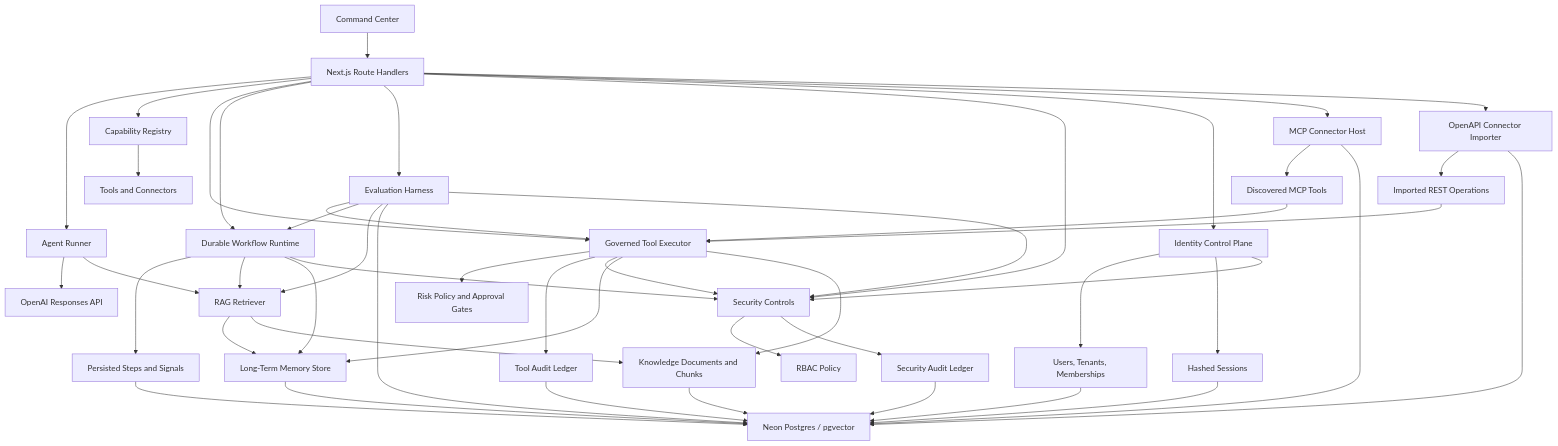
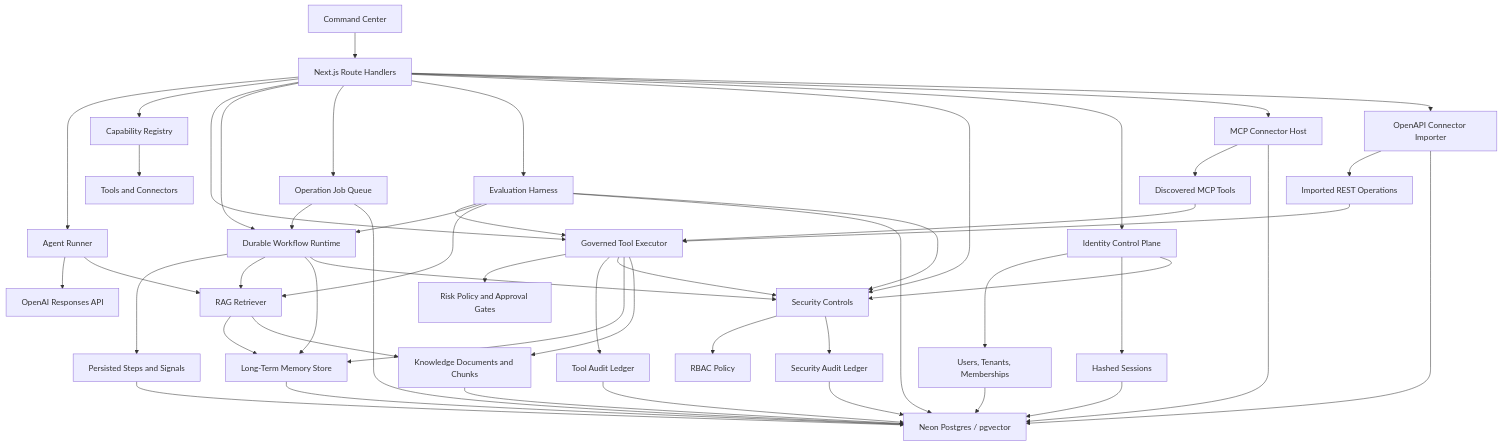
The diagram in docs/IMPLEMENTATION_PLAN.md (benniejoseph/OmniAgentOS), drawn with Mermaid before and after one commit. The commit also changed other lines of this file and 16 other files, not shown here.

Commit message:
Add durable workflow operation queue

````diff
--- a/docs/IMPLEMENTATION_PLAN.md
+++ b/docs/IMPLEMENTATION_PLAN.md
@@ -37,50 +37,53 @@
 ```mermaid
 flowchart TD
   UI["Command Center"] --> API["Next.js Route Handlers"]
   API --> RUNNER["Agent Runner"]
   RUNNER --> OAI["OpenAI Responses API"]
   RUNNER --> RAG["RAG Retriever"]
   RAG --> MEM["Long-Term Memory Store"]
   RAG --> DOCS["Knowledge Documents and Chunks"]
   MEM --> DB["Neon Postgres / pgvector"]
   DOCS --> DB
   API --> REG["Capability Registry"]
   REG --> TOOLS["Tools and Connectors"]
   API --> GOV["Governed Tool Executor"]
   GOV --> POLICY["Risk Policy and Approval Gates"]
   GOV --> AUDIT["Tool Audit Ledger"]
   API --> WF["Durable Workflow Runtime"]
+  API --> OQ["Operation Job Queue"]
   WF --> WSTEPS["Persisted Steps and Signals"]
+  OQ --> WF
+  OQ --> DB
   WSTEPS --> DB
   WF --> RAG
   WF --> MEM
   API --> EVAL["Evaluation Harness"]
   EVAL --> GOV
   EVAL --> WF
   EVAL --> RAG
   EVAL --> DB
   API --> SEC["Security Controls"]
   SEC --> RBAC["RBAC Policy"]
   SEC --> SAUDIT["Security Audit Ledger"]
   SAUDIT --> DB
   API --> AUTH["Identity Control Plane"]
   AUTH --> USERS["Users, Tenants, Memberships"]
   AUTH --> SESS["Hashed Sessions"]
   USERS --> DB
   SESS --> DB
   AUTH --> SEC
   GOV --> SEC
   WF --> SEC
   EVAL --> SEC
   API --> MCP["MCP Connector Host"]
   MCP --> MTOOLS["Discovered MCP Tools"]
   MTOOLS --> GOV
   API --> OPENAPI["OpenAPI Connector Importer"]
   OPENAPI --> RTOOLS["Imported REST Operations"]
   RTOOLS --> GOV
   GOV --> MEM
   GOV --> DOCS
   AUDIT --> DB
   MCP --> DB
   OPENAPI --> DB
 ```
````
